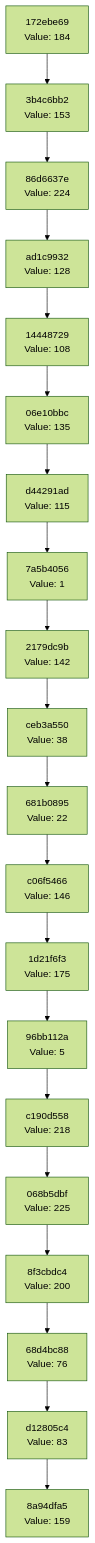
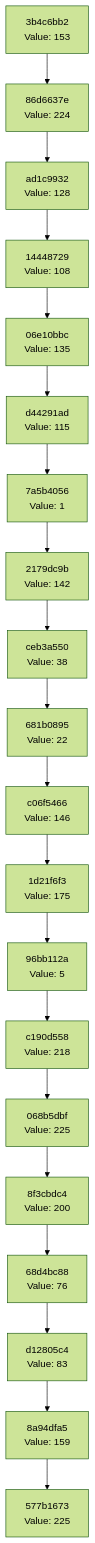
One commit to Abhisheksinha1506/hash-chain-evolver changed the diagram in docs/CHAIN_VISUALIZATION.md. Above: the diagram before and after it, drawn with Mermaid (forest theme). The commit also changed 1 other file, not shown here.

Commit message:
Evolution Step

````diff
--- a/docs/CHAIN_VISUALIZATION.md
+++ b/docs/CHAIN_VISUALIZATION.md
@@ -3,42 +3,42 @@
 ```mermaid
 graph TD
-    C0["8a94dfa5<br/>Value: 159"]
-    C1["d12805c4<br/>Value: 83"]
+    C0["577b1673<br/>Value: 225"]
+    C1["8a94dfa5<br/>Value: 159"]
     C1 --> C0
-    C2["68d4bc88<br/>Value: 76"]
+    C2["d12805c4<br/>Value: 83"]
     C2 --> C1
-    C3["8f3cbdc4<br/>Value: 200"]
+    C3["68d4bc88<br/>Value: 76"]
     C3 --> C2
-    C4["068b5dbf<br/>Value: 225"]
+    C4["8f3cbdc4<br/>Value: 200"]
     C4 --> C3
-    C5["c190d558<br/>Value: 218"]
+    C5["068b5dbf<br/>Value: 225"]
     C5 --> C4
-    C6["96bb112a<br/>Value: 5"]
+    C6["c190d558<br/>Value: 218"]
     C6 --> C5
-    C7["1d21f6f3<br/>Value: 175"]
+    C7["96bb112a<br/>Value: 5"]
     C7 --> C6
-    C8["c06f5466<br/>Value: 146"]
+    C8["1d21f6f3<br/>Value: 175"]
     C8 --> C7
-    C9["681b0895<br/>Value: 22"]
+    C9["c06f5466<br/>Value: 146"]
     C9 --> C8
-    C10["ceb3a550<br/>Value: 38"]
+    C10["681b0895<br/>Value: 22"]
     C10 --> C9
-    C11["2179dc9b<br/>Value: 142"]
+    C11["ceb3a550<br/>Value: 38"]
     C11 --> C10
-    C12["7a5b4056<br/>Value: 1"]
+    C12["2179dc9b<br/>Value: 142"]
     C12 --> C11
-    C13["d44291ad<br/>Value: 115"]
+    C13["7a5b4056<br/>Value: 1"]
     C13 --> C12
-    C14["06e10bbc<br/>Value: 135"]
+    C14["d44291ad<br/>Value: 115"]
     C14 --> C13
-    C15["14448729<br/>Value: 108"]
+    C15["06e10bbc<br/>Value: 135"]
     C15 --> C14
-    C16["ad1c9932<br/>Value: 128"]
+    C16["14448729<br/>Value: 108"]
     C16 --> C15
-    C17["86d6637e<br/>Value: 224"]
+    C17["ad1c9932<br/>Value: 128"]
     C17 --> C16
-    C18["3b4c6bb2<br/>Value: 153"]
+    C18["86d6637e<br/>Value: 224"]
     C18 --> C17
-    C19["172ebe69<br/>Value: 184"]
+    C19["3b4c6bb2<br/>Value: 153"]
     C19 --> C18
 ```
````
